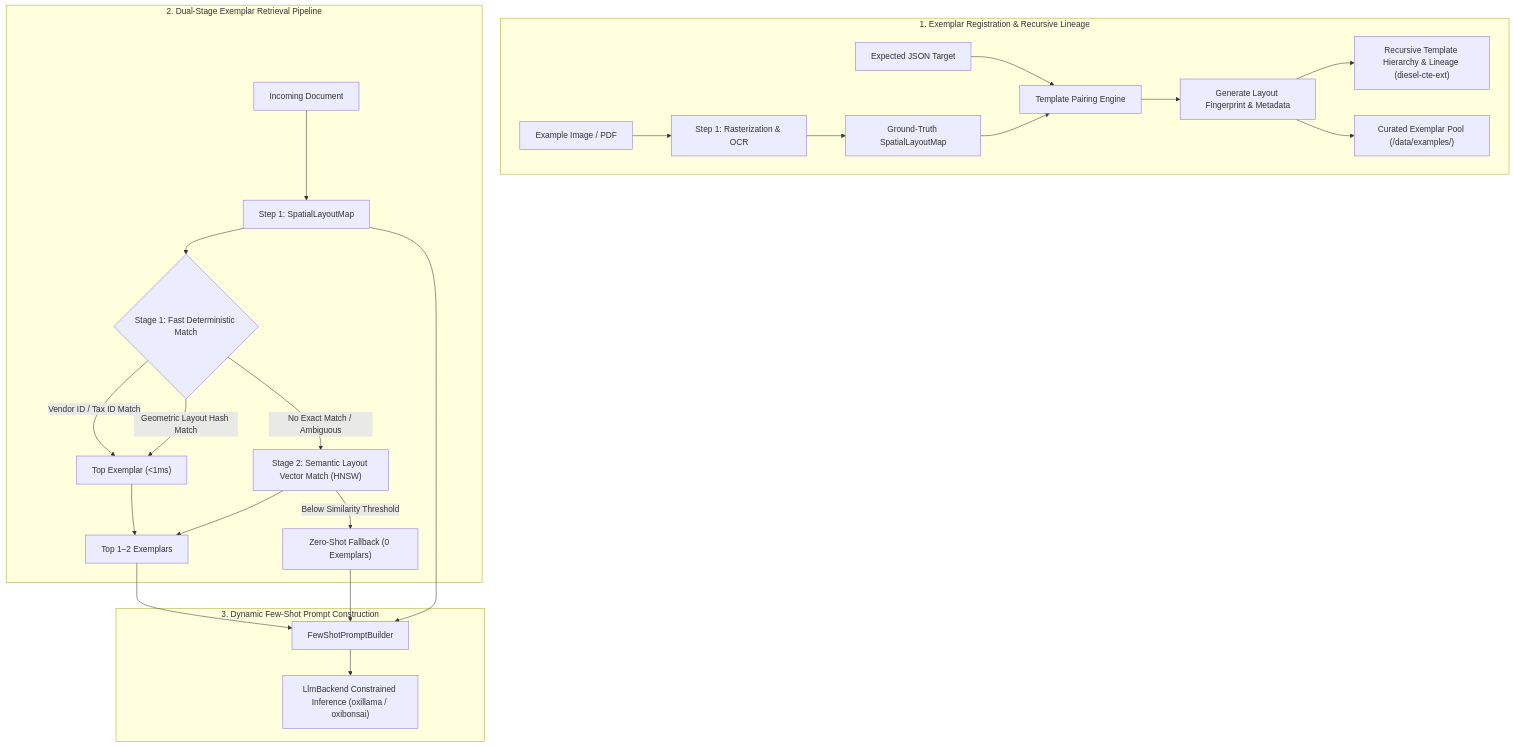
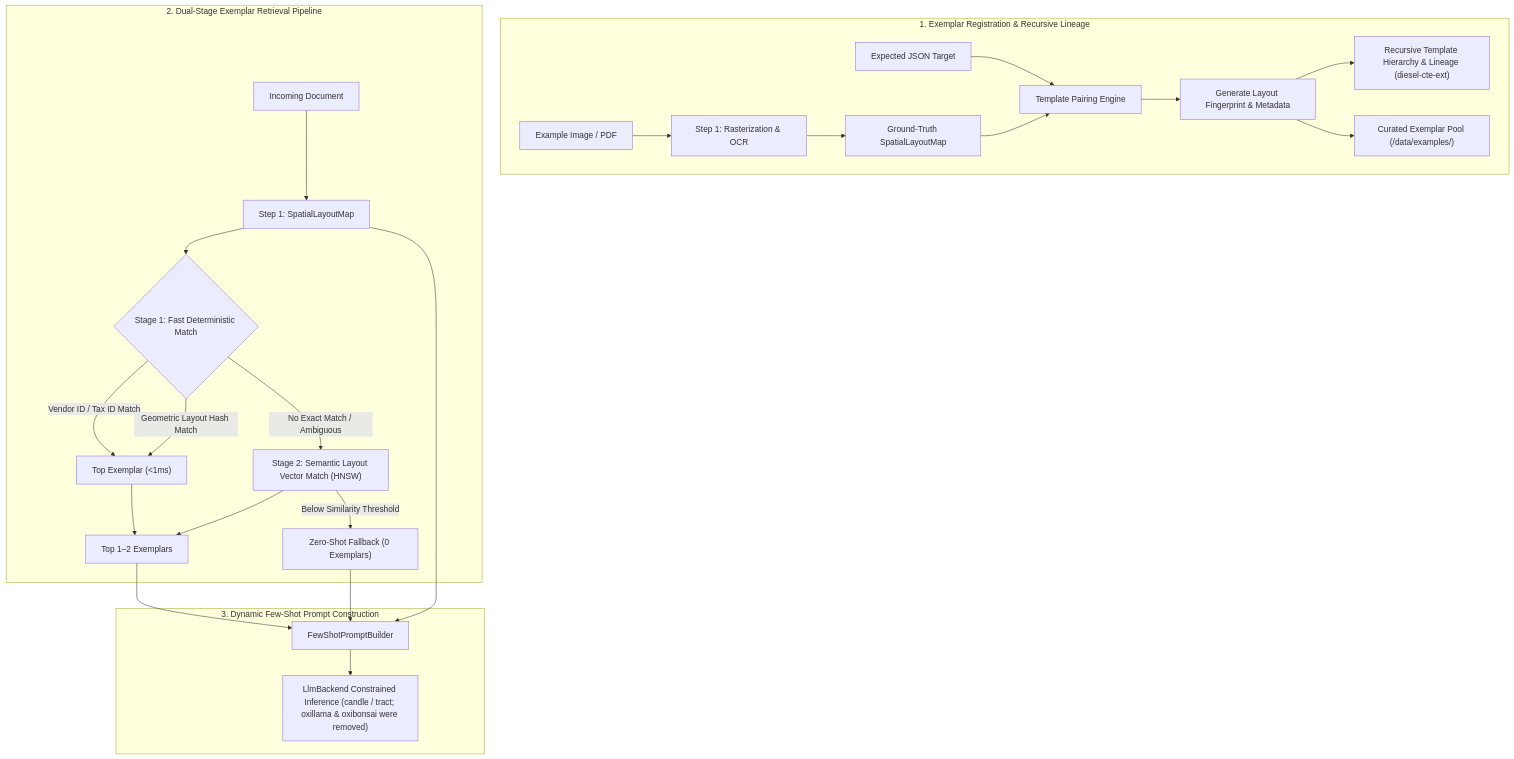
Before and after one commit to yasuomaidana/docula: the diagram in docs/12_FEW_SHOT_AND_EXEMPLAR_MANAGEMENT.md, drawn with Mermaid. The commit also changed 28 other files, not shown here.

````diff
--- a/docs/12_FEW_SHOT_AND_EXEMPLAR_MANAGEMENT.md
+++ b/docs/12_FEW_SHOT_AND_EXEMPLAR_MANAGEMENT.md
@@ -11,30 +11,30 @@
 ```mermaid
 flowchart TD
     subgraph Registration["1. Exemplar Registration & Recursive Lineage"]
         ExDoc[Example Image / PDF] --> ExOCR[Step 1: Rasterization & OCR]
         ExJSON[Expected JSON Target] --> ExPair[Template Pairing Engine]
         ExOCR --> ExLayout[Ground-Truth SpatialLayoutMap]
         ExLayout --> ExPair
         ExPair --> ExMeta[Generate Layout Fingerprint & Metadata]
         ExMeta --> DieselCTE["Recursive Template Hierarchy & Lineage (diesel-cte-ext)"]
         ExMeta --> CuratedStore["Curated Exemplar Pool (/data/examples/)"]
     end
 
     subgraph QueryPipeline["2. Dual-Stage Exemplar Retrieval Pipeline"]
         TargetDoc[Incoming Document] --> TargetOCR[Step 1: SpatialLayoutMap]
         TargetOCR --> S1{"Stage 1: Fast Deterministic Match"}
         S1 -->|Vendor ID / Tax ID Match| FoundS1["Top Exemplar (<1ms)"]
         S1 -->|Geometric Layout Hash Match| FoundS1
         S1 -->|No Exact Match / Ambiguous| S2["Stage 2: Semantic Layout Vector Match (HNSW)"]
         S2 --> TopK["Top 1–2 Exemplars"]
         FoundS1 --> TopK
         S2 -->|Below Similarity Threshold| ZeroShot["Zero-Shot Fallback (0 Exemplars)"]
     end
 
     subgraph PromptBuilder["3. Dynamic Few-Shot Prompt Construction"]
         TopK --> PromptAssemble[FewShotPromptBuilder]
         ZeroShot --> PromptAssemble
         TargetOCR --> PromptAssemble
-        PromptAssemble --> LLM["LlmBackend Constrained Inference (oxillama / oxibonsai)"]
+        PromptAssemble --> LLM["LlmBackend Constrained Inference (candle / tract; oxillama & oxibonsai were removed)"]
     end
 ```
````
